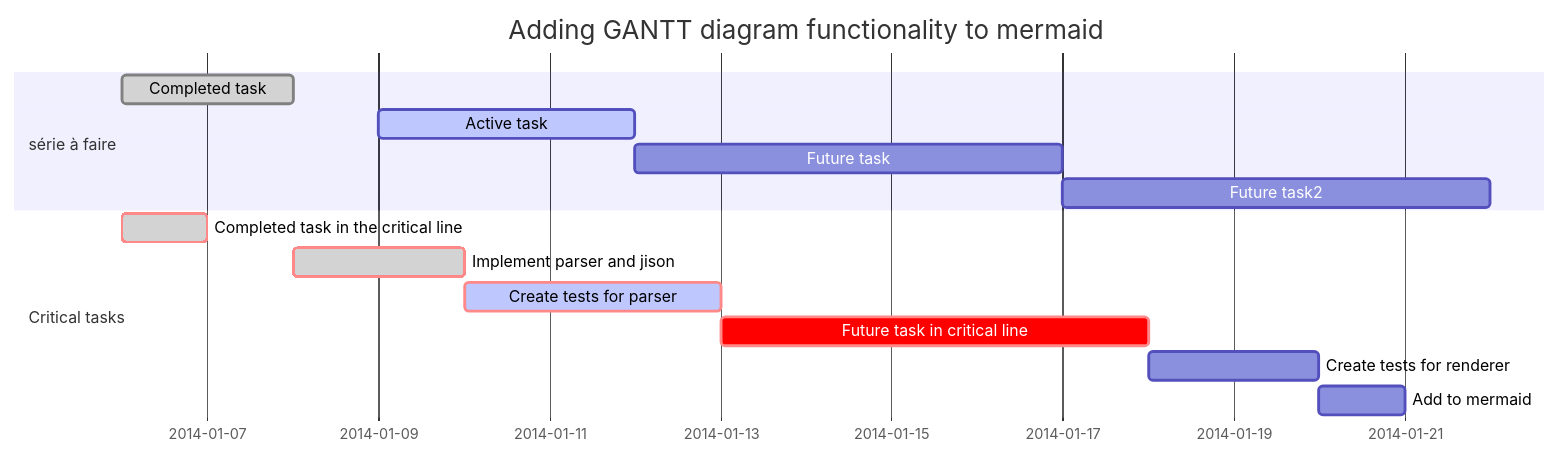
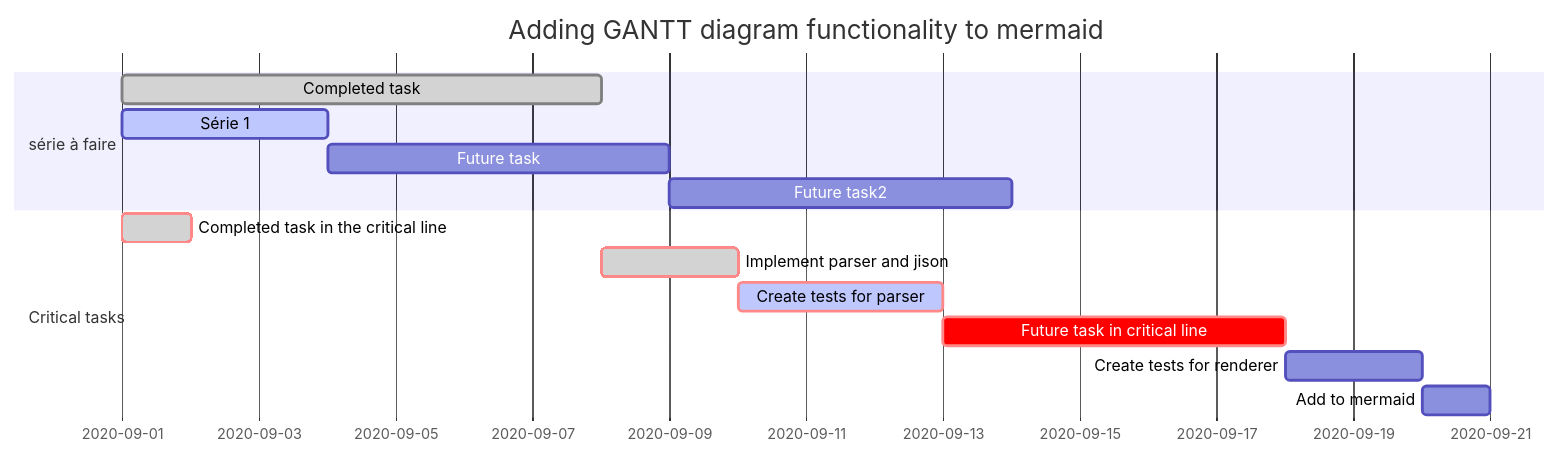
Before and after one commit to mucyok/mathI-website: the diagram in content/Resources/_index.md, drawn with Mermaid. The commit also changed 3 other files, not shown here.

```diff
--- a/content/Resources/_index.md
+++ b/content/Resources/_index.md
@@ -7,17 +7,17 @@
 {{<mermaid>}}
 gantt
         dateFormat  YYYY-MM-DD
         title Adding GANTT diagram functionality to mermaid
         section série à faire
-        Completed task            :done,    des1, 2014-01-06,2014-01-08
-        Active task               :active,  des2, 2014-01-09, 3d
+        Completed task            :done,    des1, 2020-09-01, 2020-09-08
+        Série 1               :active,  des2, 2020-09-01, 3d
         Future task               :         des3, after des2, 5d
         Future task2               :         des4, after des3, 5d
         section Critical tasks
-        Completed task in the critical line :crit, done, 2014-01-06,24h
+        Completed task in the critical line :crit, done, 2020-09-01,24h
         Implement parser and jison          :crit, done, after des1, 2d
         Create tests for parser             :crit, active, 3d
         Future task in critical line        :crit, 5d
         Create tests for renderer           :2d
         Add to mermaid                      :1d
 {{< /mermaid >}}
```
